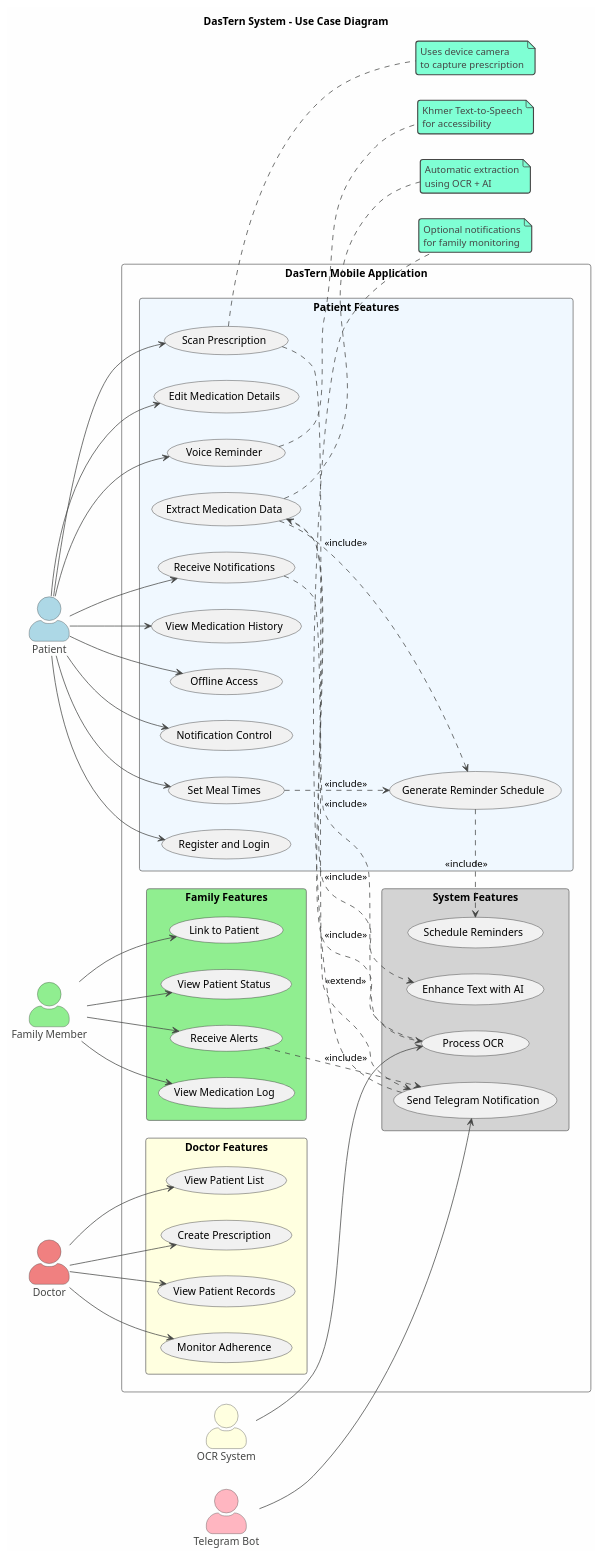
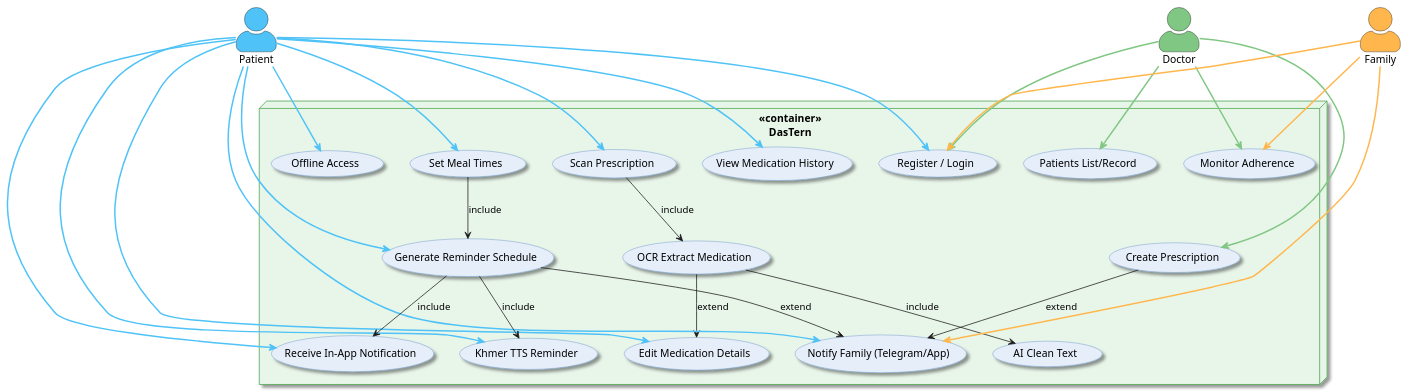
Before and after one commit to Choeng-Rayu/DasTern-Project: the diagram in capstone1/UMLDiagram/use_case_diagram.puml, drawn with PlantUML. The commit also changed 2 other files, not shown here.

```diff
--- a/capstone1/UMLDiagram/use_case_diagram.puml
+++ b/capstone1/UMLDiagram/use_case_diagram.puml
@@ -1,113 +5,79 @@
-@startuml
-!theme vibrant
-skinparam backgroundColor #FEFEFE
+@startuml UseCase
+' Use case diagram for DasTern medication adherence app
+skinparam backgroundColor #ffffff
 skinparam actorStyle awesome
-skinparam packageStyle rectangle
-
-title DasTern System - Use Case Diagram
-
-left to right direction
-
-actor Patient as patient #LightBlue
-actor "Family Member" as family #LightGreen
-actor Doctor as doctor #LightCoral
-actor "OCR System" as ocr #LightYellow
-actor "Telegram Bot" as telegram #LightPink
-
-rectangle "DasTern Mobile Application" {
-  
-  package "Patient Features" #AliceBlue {
-    usecase (Register and Login) as UC1
-    usecase (Scan Prescription) as UC2
-    usecase (Extract Medication Data) as UC3
-    usecase (Edit Medication Details) as UC4
-    usecase (Generate Reminder Schedule) as UC5
-    usecase (Receive Notifications) as UC6
-    usecase (Voice Reminder) as UC7
-    usecase (View Medication History) as UC8
-    usecase (Offline Access) as UC9
-    usecase (Notification Control) as UC10
-    usecase (Set Meal Times) as UC11
-  }
-  
-  package "Doctor Features" #LightYellow {
-    usecase (View Patient List) as UC12
-    usecase (Create Prescription) as UC13
-    usecase (View Patient Records) as UC14
-    usecase (Monitor Adherence) as UC15
-  }
-  
-  package "Family Features" #LightGreen {
-    usecase (Link to Patient) as UC16
-    usecase (View Patient Status) as UC17
-    usecase (Receive Alerts) as UC18
-    usecase (View Medication Log) as UC19
-  }
-  
-  package "System Features" #LightGray {
-    usecase (Process OCR) as UC20
-    usecase (Enhance Text with AI) as UC21
-    usecase (Send Telegram Notification) as UC22
-    usecase (Schedule Reminders) as UC23
-  }
+skinparam rectangle {
+  BackgroundColor #ffffff
+  BorderColor #4f81bd
+  roundCorner 15
+  shadowing true
+}
+skinparam usecase {
+  BackgroundColor #e6eef9
+  BorderColor #4f81bd
+  shadowing true
+}
+skinparam node {
+  BackgroundColor<<container>> #e8f5e9
+  BorderColor<<container>> #43a047
+  roundCorner 20
+  shadowing true
+  FontSize 14
+  FontStyle bold
 }
 
-' Patient relationships
-patient --> UC1
-patient --> UC2
-patient --> UC4
-patient --> UC6
-patient --> UC7
-patient --> UC8
-patient --> UC9
-patient --> UC10
-patient --> UC11
+actor Patient #4fc3f7
+actor Doctor #81c784
+actor Family as Caregiver #ffb74d
+' actor "Telegram Bot" as Telegram
 
-' Doctor relationships
-doctor --> UC12
-doctor --> UC13
-doctor --> UC14
-doctor --> UC15
+node DasTern <<container>> {
+  usecase "Register / Login" as UC_Register
+  usecase "Scan Prescription" as UC_Scan
+  usecase "OCR Extract Medication" as UC_OCR
+  usecase "AI Clean Text" as UC_AI
+  usecase "Edit Medication Details" as UC_Edit
+  usecase "Generate Reminder Schedule" as UC_Schedule
+  usecase "Set Meal Times" as UC_Meal
+  usecase "Receive In-App Notification" as UC_Notify
+  usecase "Khmer TTS Reminder" as UC_TTS
+  usecase "View Medication History" as UC_History
+  usecase "Offline Access" as UC_Offline
+  usecase "Notify Family (Telegram/App)" as UC_TG
+  usecase "Monitor Adherence" as UC_Monitor
+  usecase "Create Prescription" as UC_Prescribe
+  usecase "Patients List/Record" as UC12
 
-' Family relationships
-family --> UC16
-family --> UC17
-family --> UC18
-family --> UC19
+}
 
-' System relationships
-UC2 ..> UC20 : <<include>>
-UC20 ..> UC3 : <<include>>
-UC3 ..> UC21 : <<include>>
-UC11 ..> UC5 : <<include>>
-UC3 ..> UC5 : <<include>>
-UC5 ..> UC23 : <<include>>
-UC6 ..> UC22 : <<extend>>
-UC18 ..> UC22 : <<include>>
+Patient -[#4fc3f7,thickness=2]-> UC_Register
+Patient -[#4fc3f7,thickness=2]-> UC_Scan
+UC_Scan --> UC_OCR : include
+UC_OCR --> UC_AI : include
+Patient -[#4fc3f7,thickness=2]-> UC_Edit
+UC_OCR --> UC_Edit : extend
+Patient -[#4fc3f7,thickness=2]-> UC_Schedule
+Patient -[#4fc3f7,thickness=2]-> UC_Meal
+UC_Meal --> UC_Schedule : include
+Patient -[#4fc3f7,thickness=2]-> UC_Notify
+Patient -[#4fc3f7,thickness=2]-> UC_TTS
+Patient -[#4fc3f7,thickness=2]-> UC_History
+Patient -[#4fc3f7,thickness=2]-> UC_Offline
+Patient -[#4fc3f7,thickness=2]-> UC_TG
+UC_Schedule --> UC_Notify : include
+UC_Schedule --> UC_TTS : include
+UC_Schedule --> UC_TG : extend
 
-' External system interactions
-ocr --> UC20
-telegram --> UC22
+Doctor -[#81c784,thickness=2]-> UC12
+Doctor -[#81c784,thickness=2]-> UC_Register
+Doctor -[#81c784,thickness=2]-> UC_Prescribe
+Doctor -[#81c784,thickness=2]-> UC_Monitor
+UC_Prescribe --> UC_TG : extend
 
-' Notes
-note right of UC2
-  Uses device camera
-  to capture prescription
-end note
+Caregiver -[#ffb74d,thickness=2]-> UC_Register
+Caregiver -[#ffb74d,thickness=2]-> UC_Monitor
+Caregiver -[#ffb74d,thickness=2]-> UC_TG
 
-note right of UC3
-  Automatic extraction
-  using OCR + AI
-end note
-
-note right of UC7
-  Khmer Text-to-Speech
-  for accessibility
-end note
-
-note bottom of UC22
-  Optional notifications
-  for family monitoring
-end note
+' Telegram --> UC_TG
 
 @enduml
```
